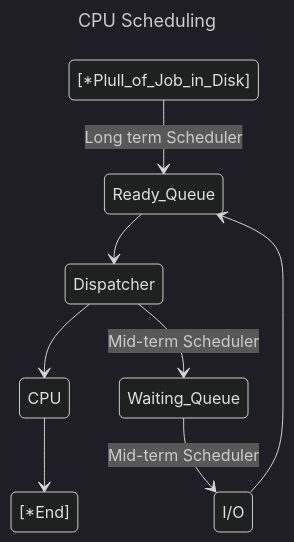
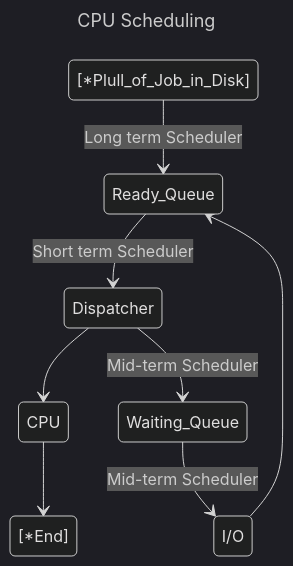
Before and after one commit to YoungHaKim7/Algorithm_Training: the third of 3 diagrams in 06_OS_Algorithm/README.md, drawn with Mermaid (dark theme). The commit also changed other lines of this file, not shown here.

````diff
--- a/06_OS_Algorithm/README.md
+++ b/06_OS_Algorithm/README.md
@@ -65,13 +65,13 @@
 ```mermaid
 ---
 title: CPU Scheduling
 ---
 stateDiagram-v2
     [*Plull_of_Job_in_Disk] --> Ready_Queue : Long term Scheduler
-    Ready_Queue --> Dispatcher
+    Ready_Queue --> Dispatcher : Short term Scheduler
     Dispatcher --> CPU
     Dispatcher --> Waiting_Queue : Mid-term Scheduler
     Waiting_Queue --> I/O : Mid-term Scheduler
     I/O --> Ready_Queue
     CPU --> [*End]
 ```
````
